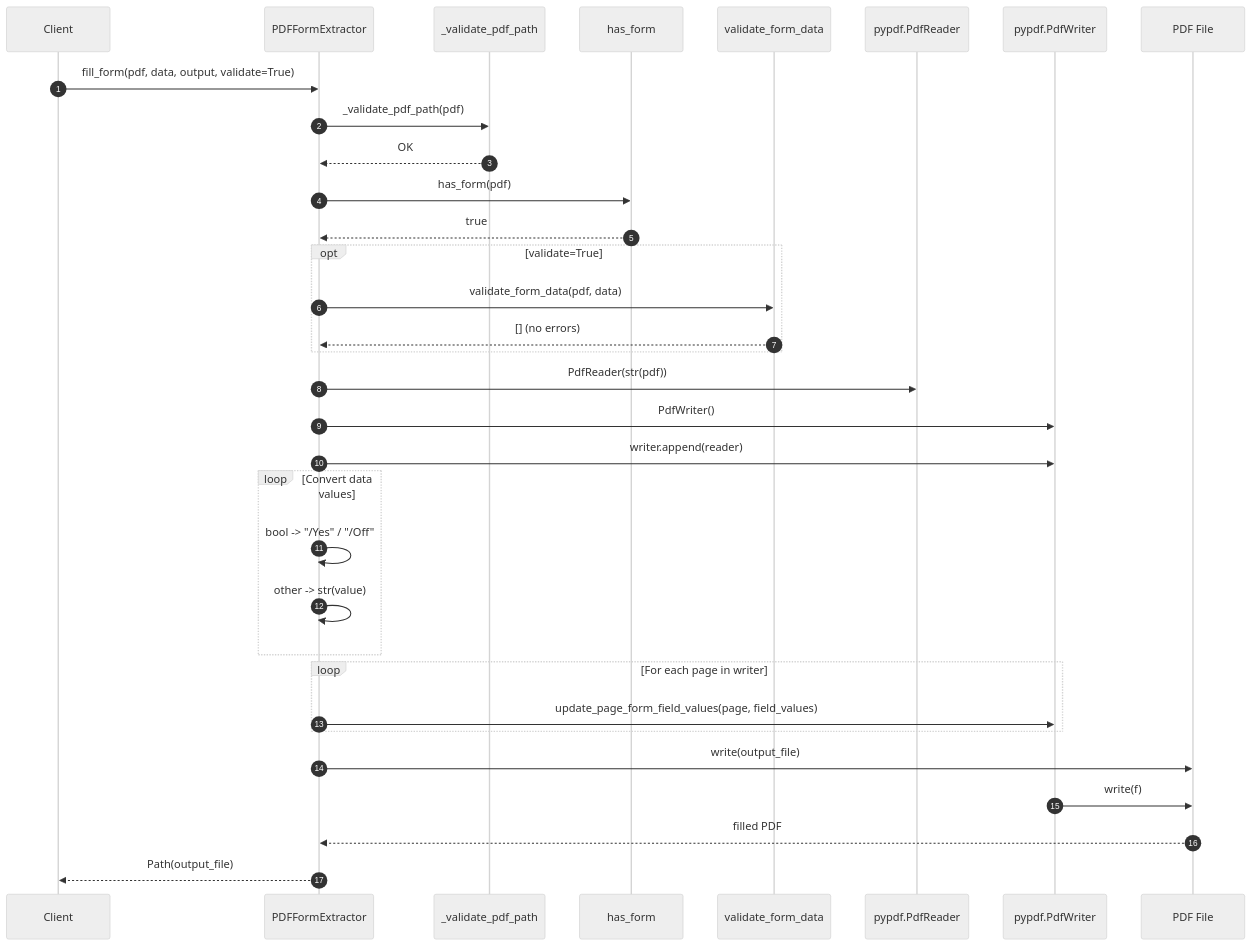
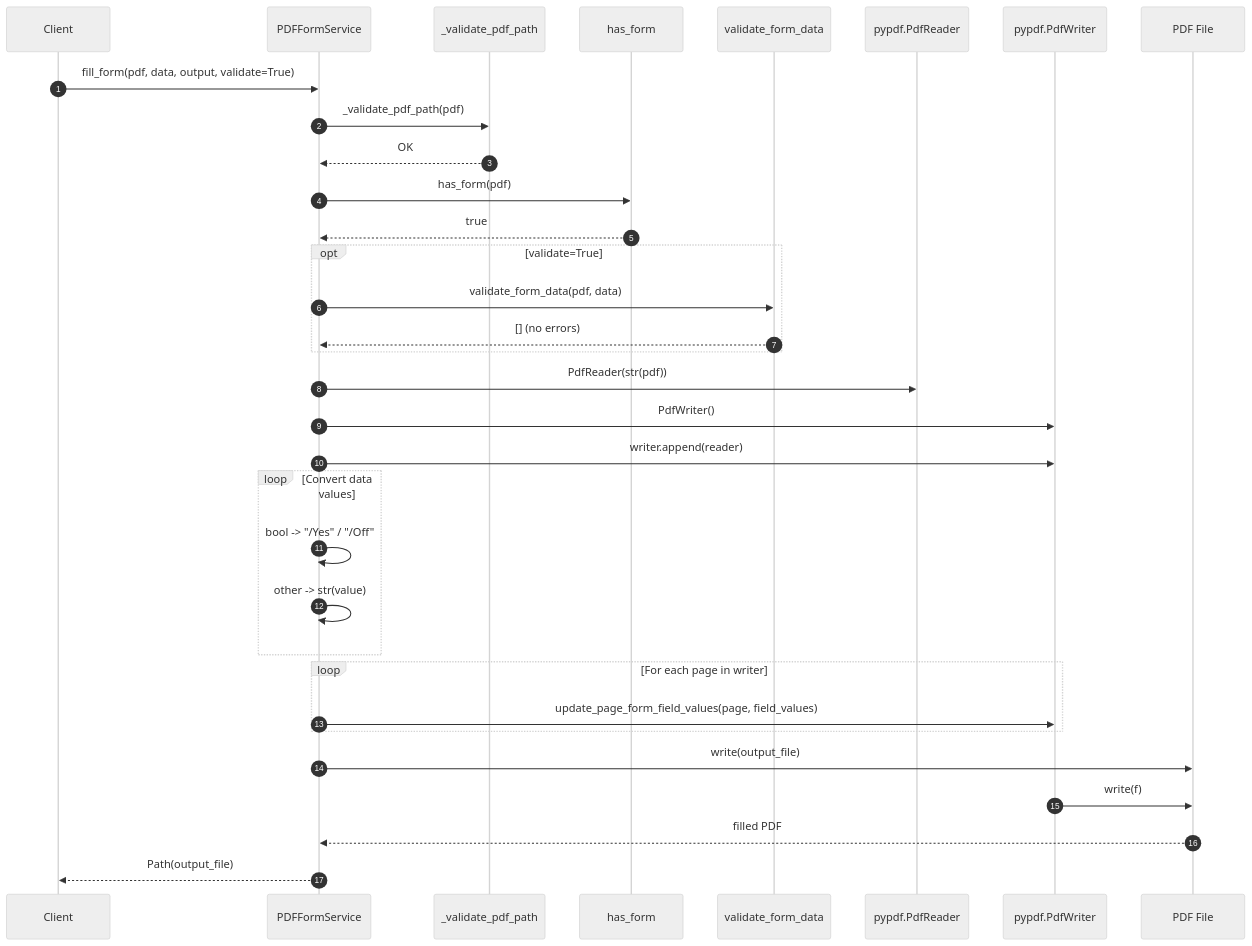
The diagram in docs/diagrams/sequence-fill.mmd (zopyx/privacyforms.pdf), drawn with Mermaid (neutral theme) before and after one commit. The commit also changed 24 other files, not shown here.

First line of the commit message:
refactor!: rename PDFFormExtractor to PDFFormService and add atomic writes

```diff
--- a/docs/diagrams/sequence-fill.mmd
+++ b/docs/diagrams/sequence-fill.mmd
@@ -1,39 +1,39 @@
 sequenceDiagram
     autonumber
     participant C as Client
-    participant E as PDFFormExtractor
+    participant E as PDFFormService
     participant V as _validate_pdf_path
     participant H as has_form
     participant Val as validate_form_data
     participant R as pypdf.PdfReader
     participant W as pypdf.PdfWriter
     participant P as PDF File
 
     C->>E: fill_form(pdf, data, output, validate=True)
     E->>V: _validate_pdf_path(pdf)
     V-->>E: OK
     E->>H: has_form(pdf)
     H-->>E: true
 
     opt validate=True
         E->>Val: validate_form_data(pdf, data)
         Val-->>E: [] (no errors)
     end
 
     E->>R: PdfReader(str(pdf))
     E->>W: PdfWriter()
     E->>W: writer.append(reader)
 
     loop Convert data values
         E->>E: bool -> "/Yes" / "/Off"
         E->>E: other -> str(value)
     end
 
     loop For each page in writer
         E->>W: update_page_form_field_values(page, field_values)
     end
 
     E->>P: write(output_file)
     W->>P: write(f)
     P-->>E: filled PDF
     E-->>C: Path(output_file)
```
